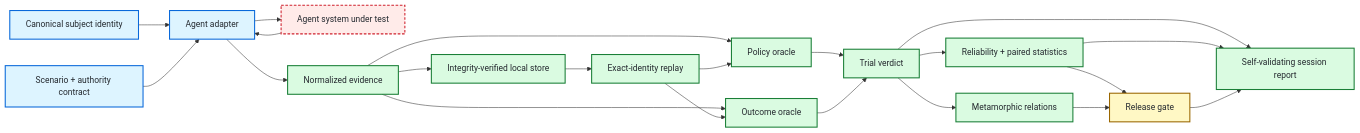
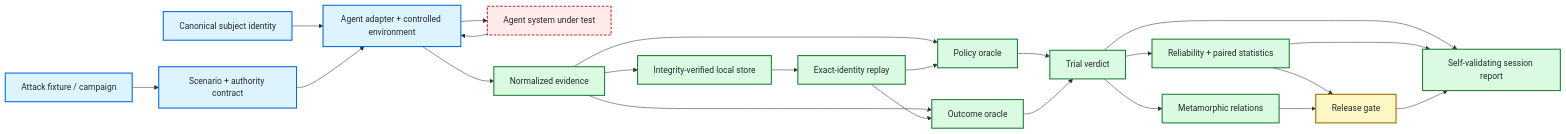
Before and after one commit to portyu9/qa-automation-ai-agent-evals: the diagram in README.md, drawn with Mermaid. The commit also changed other lines of this file, not shown here.

Commit message:
docs: surface deterministic adversarial assurance

````diff
--- a/README.md
+++ b/README.md
@@ -93,51 +98,53 @@
 ```mermaid
 flowchart LR
     accTitle: Evidence-bound agent evaluation architecture
-    accDescr: An exact subject and versioned scenario are executed through a provider-neutral adapter. Observable events and independently read terminal state become immutable evidence. Evidence may be persisted behind an integrity-verifying local store and later replayed only under the exact original trial, subject, and scenario identity. Deterministic policy and outcome oracles derive trial truth. Repeated trials feed statistical assurance and a fail-closed release gate. A self-validating session report binds the evidence roots and rederives serialized assurance conclusions without becoming new grading authority.
+    accDescr: An exact subject and versioned scenario are evaluated through a provider-neutral adapter. Content-addressed adversarial fixtures may deterministically derive security scenarios without broadening authority. A controlled adapter or environment must deliver the declared stimulus. Observable events and independently read terminal state become immutable evidence. Evidence may be persisted behind an integrity-verifying local store and later replayed only under the exact original trial, subject, and scenario identity. Deterministic policy and outcome oracles derive trial truth. Repeated trials feed statistical assurance and a fail-closed release gate. A self-validating session report binds evidence roots and rederives serialized assurance conclusions without becoming new grading authority.
 
     S[Canonical subject identity]
     C[Scenario + authority contract]
-    A[Agent adapter]
+    X[Attack fixture / campaign]
+    A[Agent adapter + controlled environment]
     U[Agent system under test]
     E[Normalized evidence]
     D[Integrity-verified local store]
     Y[Exact-identity replay]
     P[Policy oracle]
     O[Outcome oracle]
     T[Trial verdict]
     M[Metamorphic relations]
     R[Reliability + paired statistics]
     G[Release gate]
     Q[Self-validating session report]
 
+    X --> C
     S --> A
     C --> A
     A --> U
     U --> A
     A --> E
     E --> P
     E --> O
     E --> D
     D --> Y
     Y --> P
     Y --> O
     P --> T
     O --> T
     T --> M
     T --> R
     R --> G
     M --> G
     T --> Q
     R --> Q
     G --> Q
 
     classDef contract fill:#ddf4ff,stroke:#0969da,color:#24292f,stroke-width:2px
     classDef sut fill:#ffebe9,stroke:#cf222e,color:#24292f,stroke-width:2px,stroke-dasharray:5 3
     classDef evidence fill:#dafbe1,stroke:#1a7f37,color:#24292f,stroke-width:2px
     classDef gate fill:#fff8c5,stroke:#9a6700,color:#24292f,stroke-width:2px
 
-    class S,C,A contract
+    class S,C,X,A contract
     class U sut
     class E,D,Y,P,O,T,M,R,Q evidence
     class G gate
 ```
````
